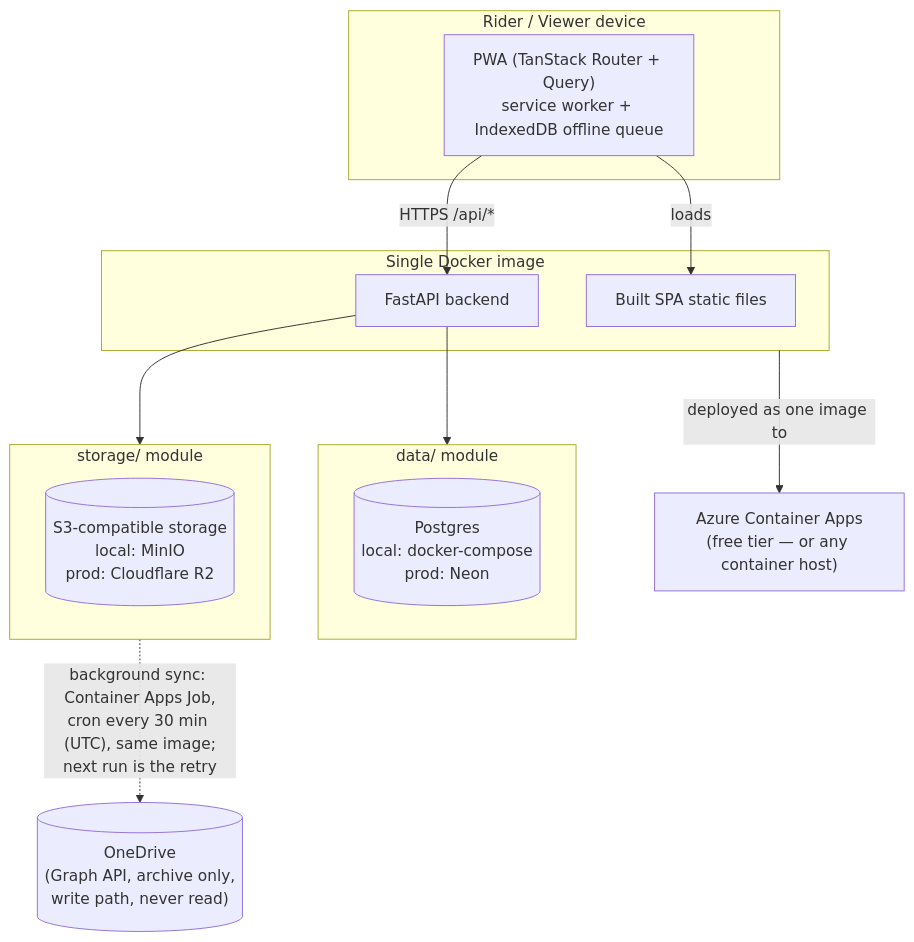
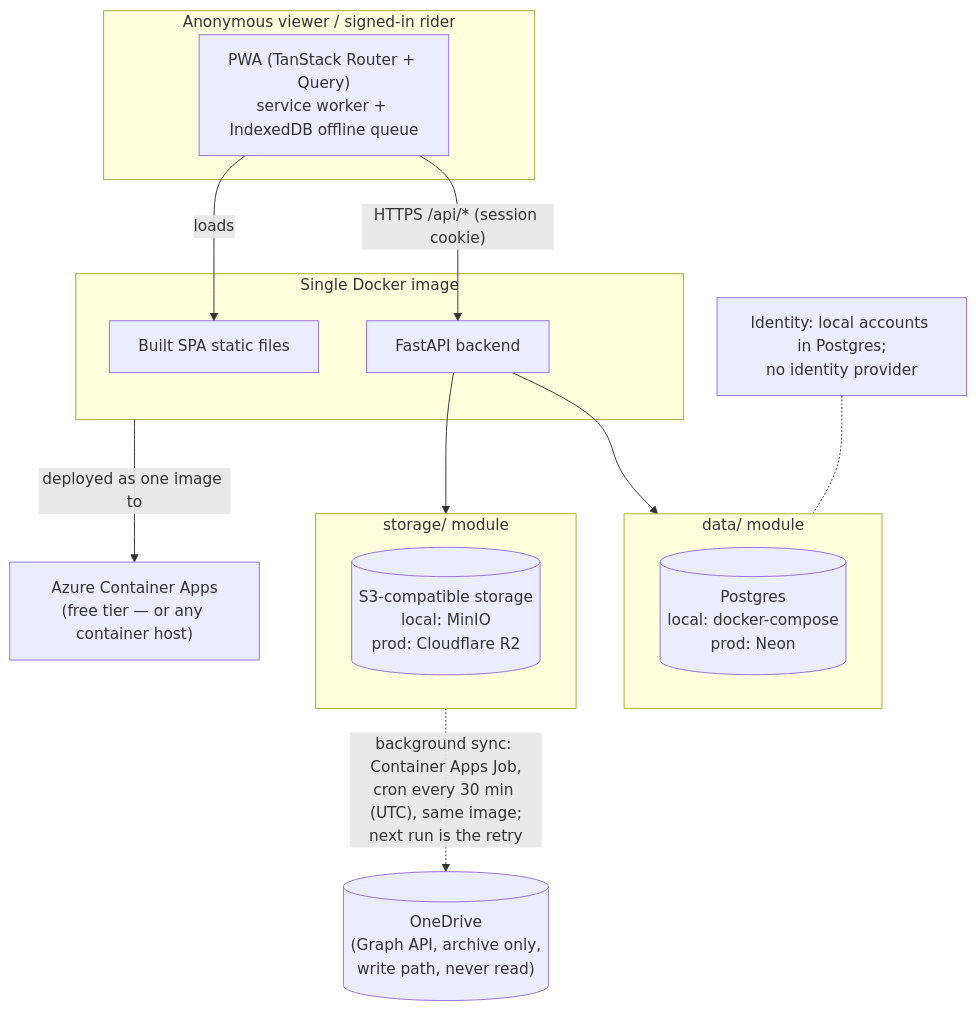
Before and after one commit to qwerty-cmd/travel-journal: the diagram in docs/architecture-diagram.md, drawn with Mermaid. The commit also changed other lines of this file and 2 other files, not shown here.

Commit message:
docs: record the public-trips, accounts and membership access model
The owner asked for public trip discovery, rider-created trips, join
requests approved by leaders, and writes limited to approved riders.
The two-link model can't express any of that. Entry 29 records the
Architect's decision: local username and password accounts with no
third-party provider, public trips shown after a 24-hour delay, and
existing trips kept private. It also covers revocation for queued
offline writes and the migration path.

Claude-Session: https://claude.ai/code/session_01T2XcgSzozx8iDUKVevQXtR

````diff
--- a/docs/architecture-diagram.md
+++ b/docs/architecture-diagram.md
@@ -5,29 +5,32 @@
 ```mermaid
 flowchart TB
-    subgraph Client["Rider / Viewer device"]
+    subgraph Client["Anonymous viewer / signed-in rider"]
         PWA["PWA (TanStack Router + Query)\nservice worker + IndexedDB offline queue"]
     end
 
     subgraph Container["Single Docker image"]
         FastAPI["FastAPI backend"]
         Static["Built SPA static files"]
     end
 
     subgraph DataLayer["data/ module"]
         Postgres[("Postgres\nlocal: docker-compose\nprod: Neon")]
     end
 
     subgraph StorageLayer["storage/ module"]
         S3[("S3-compatible storage\nlocal: MinIO\nprod: Cloudflare R2")]
     end
 
     OneDrive[("OneDrive\n(Graph API, archive only,\nwrite path, never read)")]
 
-    PWA -- "HTTPS /api/*" --> FastAPI
+    PWA -- "HTTPS /api/* (session cookie)" --> FastAPI
     PWA -- "loads" --> Static
     FastAPI --> DataLayer
     FastAPI --> StorageLayer
     StorageLayer -. "background sync: Container Apps Job,\ncron every 30 min (UTC), same image;\nnext run is the retry" .-> OneDrive
 
     Container -- "deployed as one image to" --> ContainerApps["Azure Container Apps\n(free tier — or any container host)"]
+
+    IdentityNote["Identity: local accounts in Postgres;\nno identity provider"]
+    IdentityNote -.- DataLayer
 ```
````
